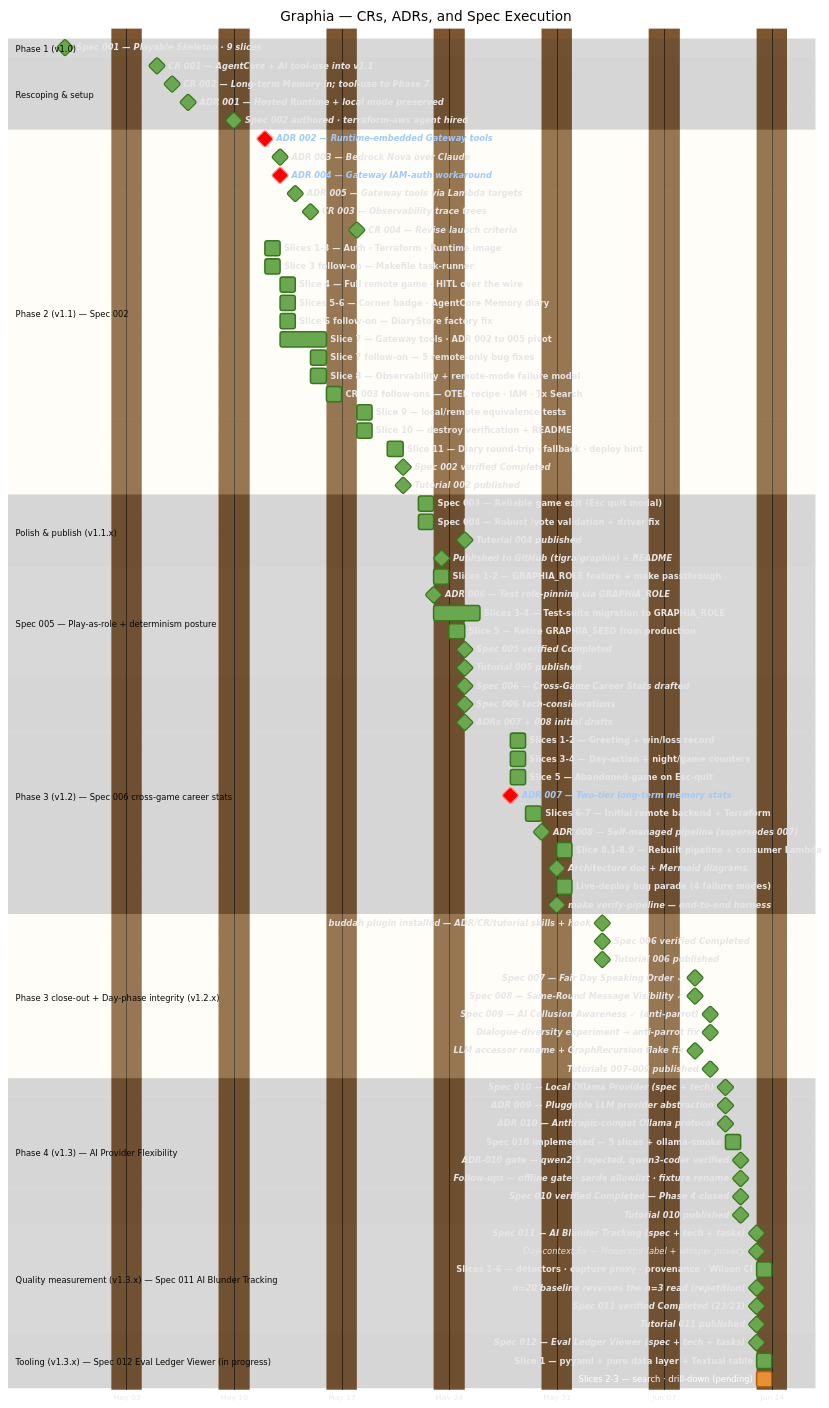
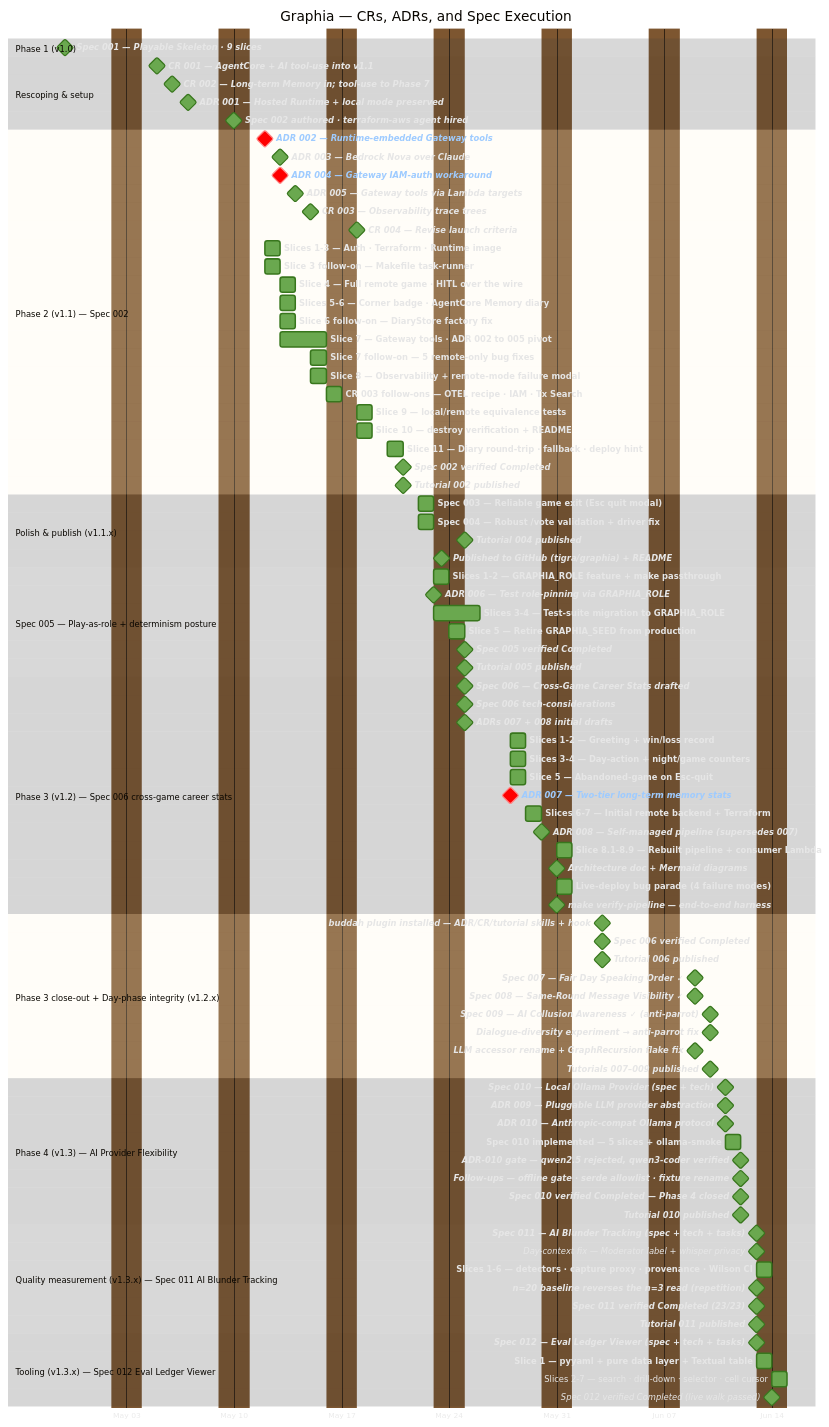
Before and after one commit to tigra/graphia: the diagram in context/project-timeline.md, drawn with Mermaid. The commit also changed other lines of this file and 7 other files, not shown here.

First line of the commit message:
Spec 012 (Eval Ledger Viewer): Slices 2–7 + verify Completed

```diff
--- a/context/project-timeline.md
+++ b/context/project-timeline.md
@@ -112,10 +112,11 @@
     Spec 011 verified Completed (23/23)                  :milestone, done, sp11v, 2026-06-13, 0d
     Tutorial 011 published                               :milestone, done, t11, 2026-06-13, 0d
 
-    section Tooling (v1.3.x) — Spec 012 Eval Ledger Viewer (in progress)
+    section Tooling (v1.3.x) — Spec 012 Eval Ledger Viewer
     Spec 012 — Eval Ledger Viewer (spec + tech + tasks)  :milestone, done, sp12, 2026-06-13, 0d
     Slice 1 — pyyaml + pure data layer + Textual table    :done, sp12s1, 2026-06-13, 1d
-    Slices 2-3 — search · drill-down (pending)            :active, sp12rest, 2026-06-13, 1d
+    Slices 2-7 — search · drill-down · selector · cell cursor :done, sp12rest, 2026-06-14, 1d
+    Spec 012 verified Completed (live walk passed)       :milestone, done, sp12v, 2026-06-14, 0d
 
     click sp1 href "https://github.com/tigra/graphia/tree/main/context/spec/001-playable-skeleton"
     click m1 href "https://github.com/tigra/graphia/blob/main/context/change-requests/001-agentcore-and-tools-in-scope.md"
```
